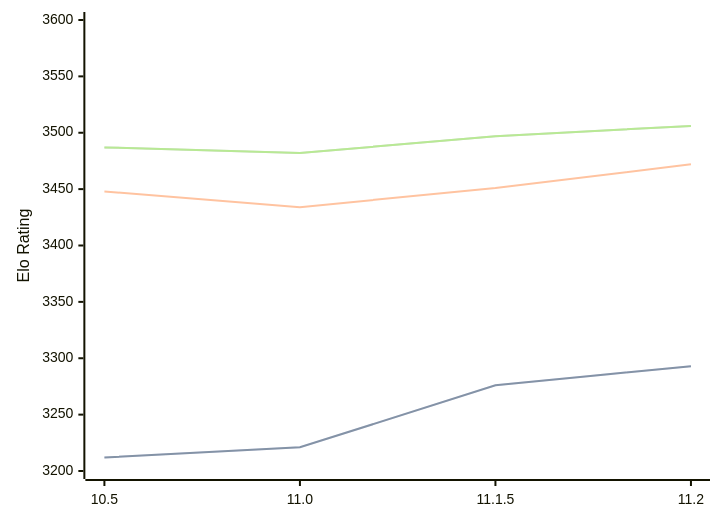
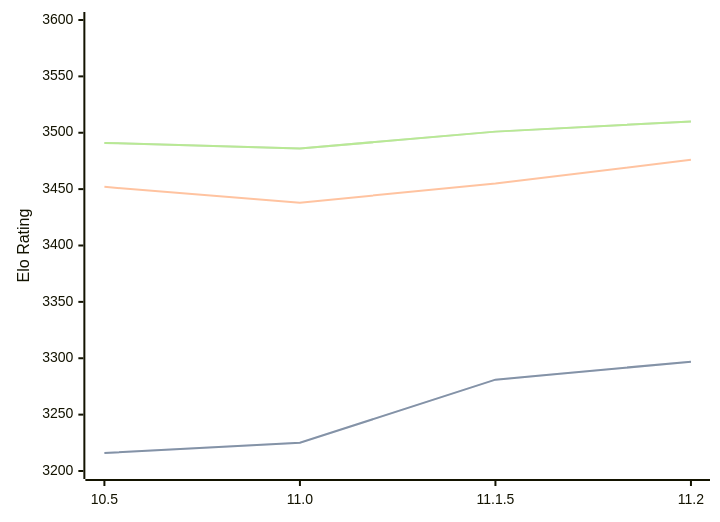
Before and after one commit to computer-chess-index/cci: the diagram in engines/Lizard.md, drawn with Mermaid. The commit also changed other lines of this file, not shown here.

Commit message:
Update CCI Ratings (ELO VLTC) - 2026-08-18

````diff
--- a/engines/Lizard.md
+++ b/engines/Lizard.md
@@ -34,11 +34,11 @@
 ```mermaid
 %%{init: {"theme":"base","themeVariables":{"seriesColors:['#a3a3a3','#222221','#faa371']}}}%%
 xychart-beta
   x-axis ["10.5", "11.0", "11.1.5", "11.2"]
   y-axis "Elo Rating" 3200 --> 3600
-  line "STC (8.0+0.08s)" [3212, 3221, 3276, 3293]
-  line "STC (8.0+0.08s)" [3212, 3221, 3276, 3293]
-  line "LTC (60.0+0.60s)" [3448, 3434, 3451, 3472]
-  line "VLTC (2m24s+1.12s)" [3487, 3482, 3497, 3506]
-  line "VLTC (2m24s+1.12s)" [3487, 3482, 3497, 3506]
+  line "STC (8.0+0.08s)" [3216, 3225, 3281, 3297]
+  line "STC (8.0+0.08s)" [3216, 3225, 3281, 3297]
+  line "LTC (60.0+0.60s)" [3452, 3438, 3455, 3476]
+  line "VLTC (2m24s+1.12s)" [3491, 3486, 3501, 3510]
+  line "VLTC (2m24s+1.12s)" [3491, 3486, 3501, 3510]
 ```
````
